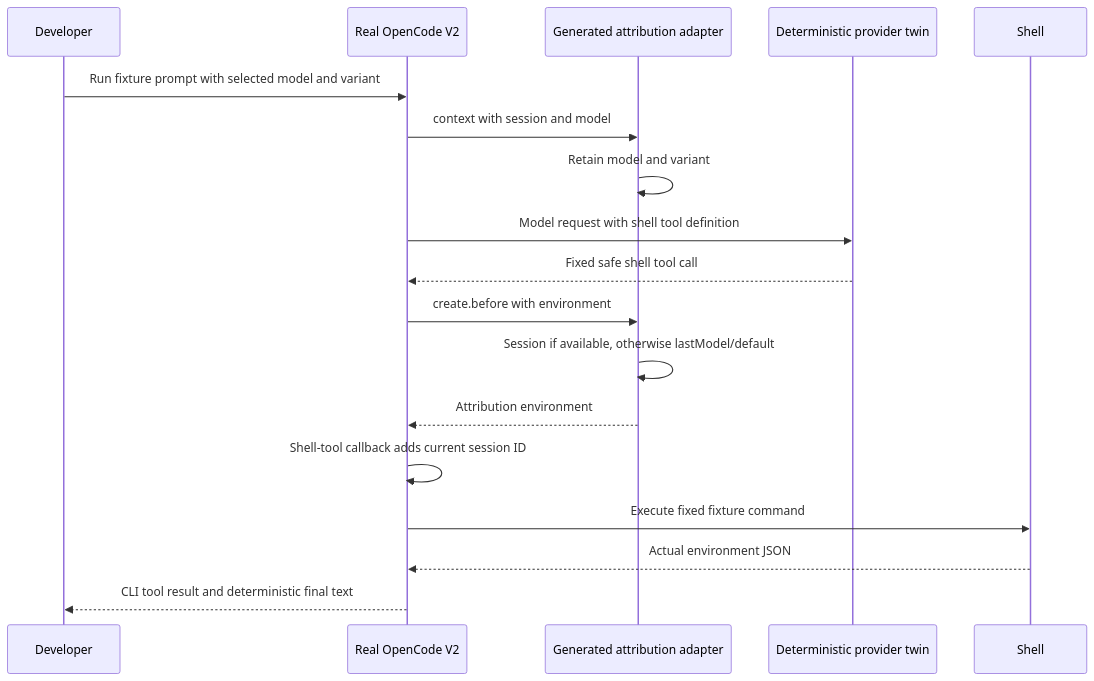
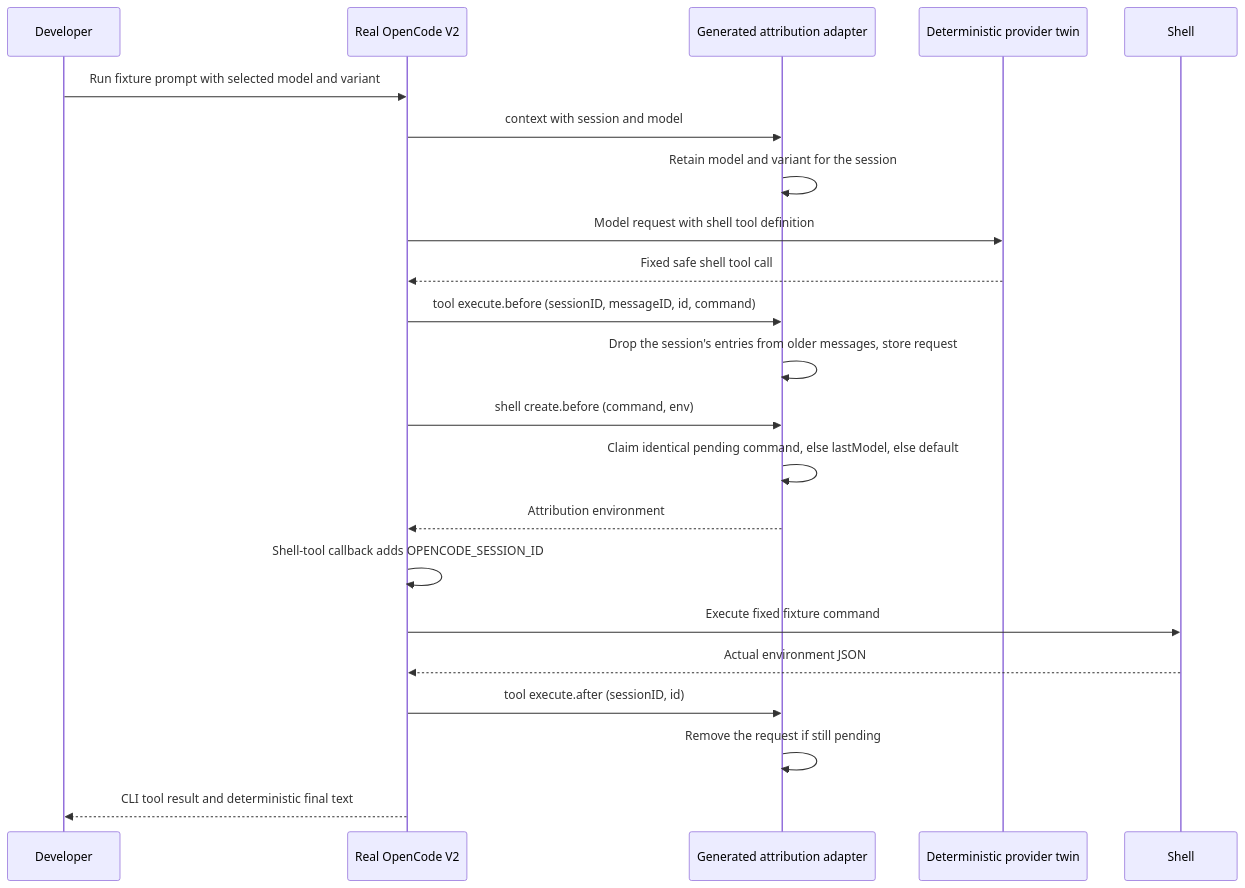
One commit to buster/givn changed the second of 2 diagrams in givn/changes/fix-opencode-v2-attribution/design.md. Above: the diagram before and after it, drawn with Mermaid. The commit also changed other lines of this file and 13 other files, not shown here.

````diff
--- a/givn/changes/fix-opencode-v2-attribution/design.md
+++ b/givn/changes/fix-opencode-v2-attribution/design.md
@@ -157,20 +254,24 @@
 ```mermaid
 sequenceDiagram
     participant Developer
     participant Runtime as Real OpenCode V2
     participant Plugin as Generated attribution adapter
     participant Twin as Deterministic provider twin
     participant Shell
     Developer->>Runtime: Run fixture prompt with selected model and variant
     Runtime->>Plugin: context with session and model
-    Plugin->>Plugin: Retain model and variant
+    Plugin->>Plugin: Retain model and variant for the session
     Runtime->>Twin: Model request with shell tool definition
     Twin-->>Runtime: Fixed safe shell tool call
-    Runtime->>Plugin: create.before with environment
-    Plugin->>Plugin: Session if available, otherwise lastModel/default
+    Runtime->>Plugin: tool execute.before (sessionID, messageID, id, command)
+    Plugin->>Plugin: Drop the session's entries from older messages, store request
+    Runtime->>Plugin: shell create.before (command, env)
+    Plugin->>Plugin: Claim identical pending command, else lastModel, else default
     Plugin-->>Runtime: Attribution environment
-    Runtime->>Runtime: Shell-tool callback adds current session ID
+    Runtime->>Runtime: Shell-tool callback adds OPENCODE_SESSION_ID
     Runtime->>Shell: Execute fixed fixture command
     Shell-->>Runtime: Actual environment JSON
+    Runtime->>Plugin: tool execute.after (sessionID, id)
+    Plugin->>Plugin: Remove the request if still pending
     Runtime-->>Developer: CLI tool result and deterministic final text
 ```
````
